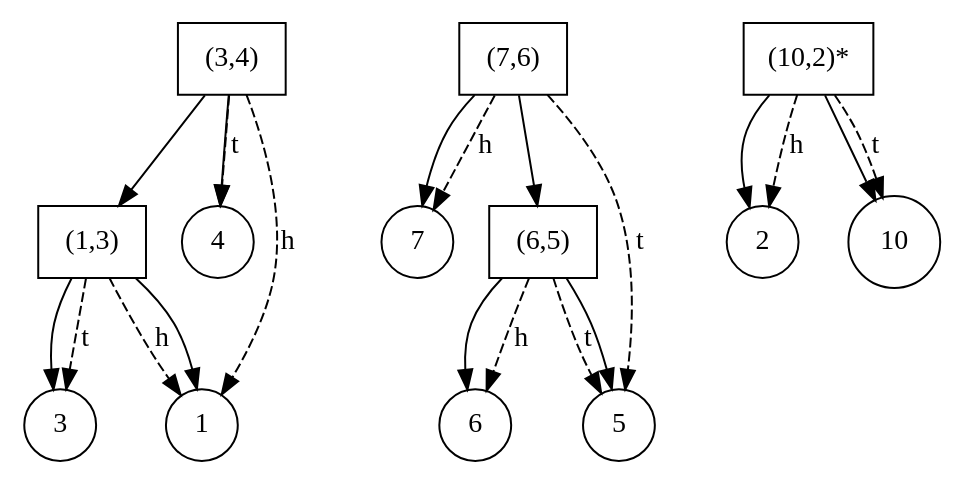
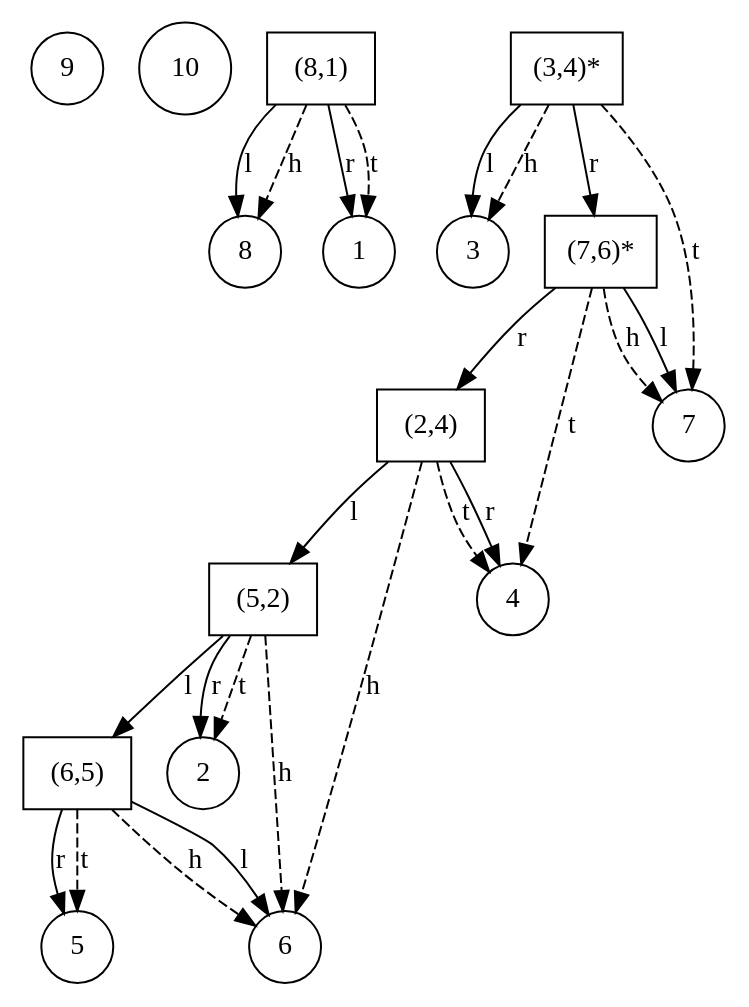
The diagram in ST-Tree/src/internal_graph.dot (Musab1Blaser/DynamicTrees_NF), drawn with Graphviz before and after one commit. The commit also changed 696 other files, not shown here.

```diff
--- a/ST-Tree/src/internal_graph.dot
+++ b/ST-Tree/src/internal_graph.dot
@@ -1,35 +1,42 @@
 digraph G {
-"(3,4)" [shape=box];
-"(3,4)" -> "(1,3)";
+9 [shape=circle];
+10 [shape=circle];
+"(8,1)" [shape=box];
+8 [shape=circle];
+"(8,1)" -> 8 [label=l];
+1 [shape=circle];
+"(8,1)" -> 1 [label=r];
+"(8,1)" -> 8 [style=dashed, label = h];
+"(8,1)" -> 1 [style=dashed, label = t];
+"(3,4)*" [shape=box];
+3 [shape=circle];
+"(3,4)*" -> 3 [label=l];
+"(3,4)*" -> "(7,6)*" [label=r];
+"(3,4)*" -> 3 [style=dashed, label = h];
+"(3,4)*" -> 7 [style=dashed, label = t];
+"(7,6)*" [shape=box];
+7 [shape=circle];
+"(7,6)*" -> 7 [label=l];
+"(7,6)*" -> "(2,4)" [label=r];
+"(7,6)*" -> 7 [style=dashed, label = h];
+"(7,6)*" -> 4 [style=dashed, label = t];
+"(2,4)" [shape=box];
+"(2,4)" -> "(5,2)" [label=l];
 4 [shape=circle];
-"(3,4)" -> 4;
-"(3,4)" -> 1 [style=dashed, label = h];
-"(3,4)" -> 4 [style=dashed, label = t];
-"(1,3)" [shape=box];
-1 [shape=circle];
-"(1,3)" -> 1;
-3 [shape=circle];
-"(1,3)" -> 3;
-"(1,3)" -> 1 [style=dashed, label = h];
-"(1,3)" -> 3 [style=dashed, label = t];
-"(7,6)" [shape=box];
-7 [shape=circle];
-"(7,6)" -> 7;
-"(7,6)" -> "(6,5)";
-"(7,6)" -> 7 [style=dashed, label = h];
-"(7,6)" -> 5 [style=dashed, label = t];
+"(2,4)" -> 4 [label=r];
+"(2,4)" -> 6 [style=dashed, label = h];
+"(2,4)" -> 4 [style=dashed, label = t];
+"(5,2)" [shape=box];
+"(5,2)" -> "(6,5)" [label=l];
+2 [shape=circle];
+"(5,2)" -> 2 [label=r];
+"(5,2)" -> 6 [style=dashed, label = h];
+"(5,2)" -> 2 [style=dashed, label = t];
 "(6,5)" [shape=box];
 6 [shape=circle];
-"(6,5)" -> 6;
+"(6,5)" -> 6 [label=l];
 5 [shape=circle];
-"(6,5)" -> 5;
+"(6,5)" -> 5 [label=r];
 "(6,5)" -> 6 [style=dashed, label = h];
 "(6,5)" -> 5 [style=dashed, label = t];
-"(10,2)*" [shape=box];
-2 [shape=circle];
-"(10,2)*" -> 2;
-10 [shape=circle];
-"(10,2)*" -> 10;
-"(10,2)*" -> 2 [style=dashed, label = h];
-"(10,2)*" -> 10 [style=dashed, label = t];
 }
```
